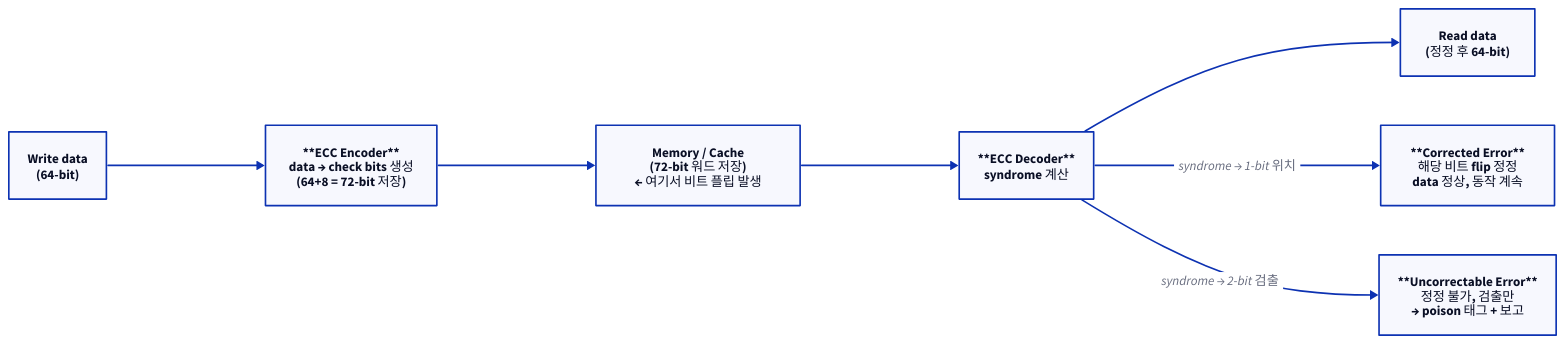
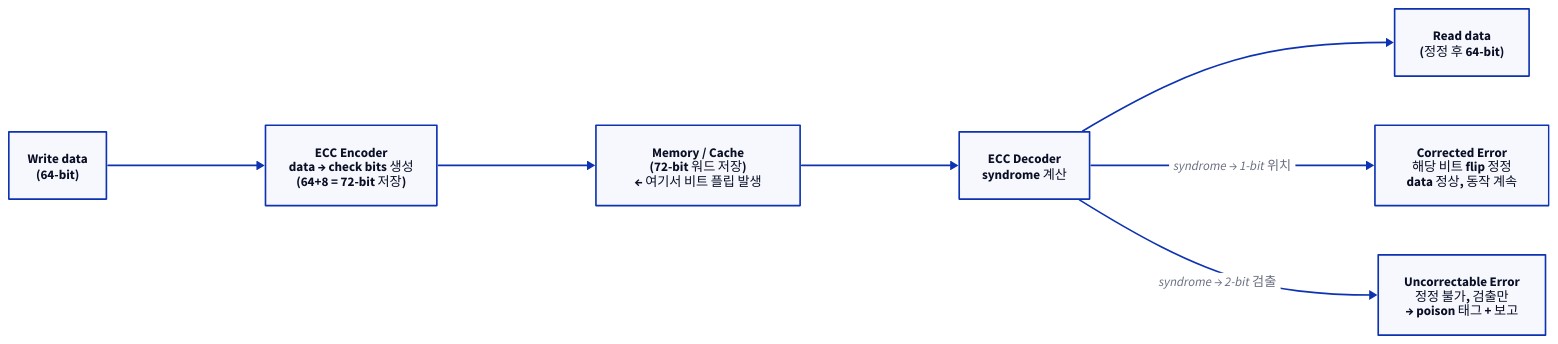
One commit to humbleowl39/DV_SKOOL changed the first of 3 diagrams in starlight_site/src/content/docs/ras/02_ecc_parity_poison.md. Above: the diagram before and after it, drawn with D2. The commit also changed other lines of this file and 714 other files, not shown here.

First line of the commit message:
fix(site): d2 다이어그램 가독성 결함 6종 일괄 수정

````diff
--- a/starlight_site/src/content/docs/ras/02_ecc_parity_poison.md
+++ b/starlight_site/src/content/docs/ras/02_ecc_parity_poison.md
@@ -49,16 +49,16 @@
 ```d2
 direction: right
 
 WDATA: "Write data\n(64-bit)"
-ENC: "**ECC Encoder**\ndata → check bits 생성\n(64+8 = 72-bit 저장)"
+ENC: "ECC Encoder\ndata → check bits 생성\n(64+8 = 72-bit 저장)"
 MEM: "Memory / Cache\n(72-bit 워드 저장)\n← 여기서 비트 플립 발생"
-DEC: "**ECC Decoder**\nsyndrome 계산"
+DEC: "ECC Decoder\nsyndrome 계산"
 OUT: "Read data\n(정정 후 64-bit)"
 
 WDATA -> ENC -> MEM -> DEC -> OUT
 
 DEC -> CE: "syndrome → 1-bit 위치"
 DEC -> UE: "syndrome → 2-bit 검출"
-CE: "**Corrected Error**\n해당 비트 flip 정정\ndata 정상, 동작 계속"
-UE: "**Uncorrectable Error**\n정정 불가, 검출만\n→ poison 태그 + 보고"
+CE: "Corrected Error\n해당 비트 flip 정정\ndata 정상, 동작 계속"
+UE: "Uncorrectable Error\n정정 불가, 검출만\n→ poison 태그 + 보고"
 ```
````
